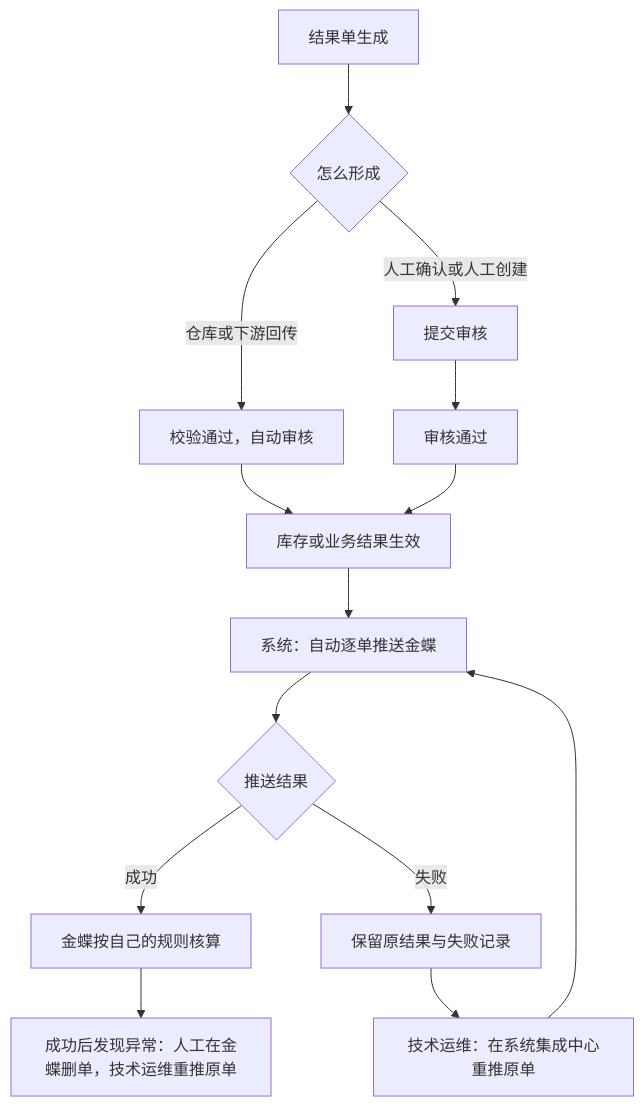
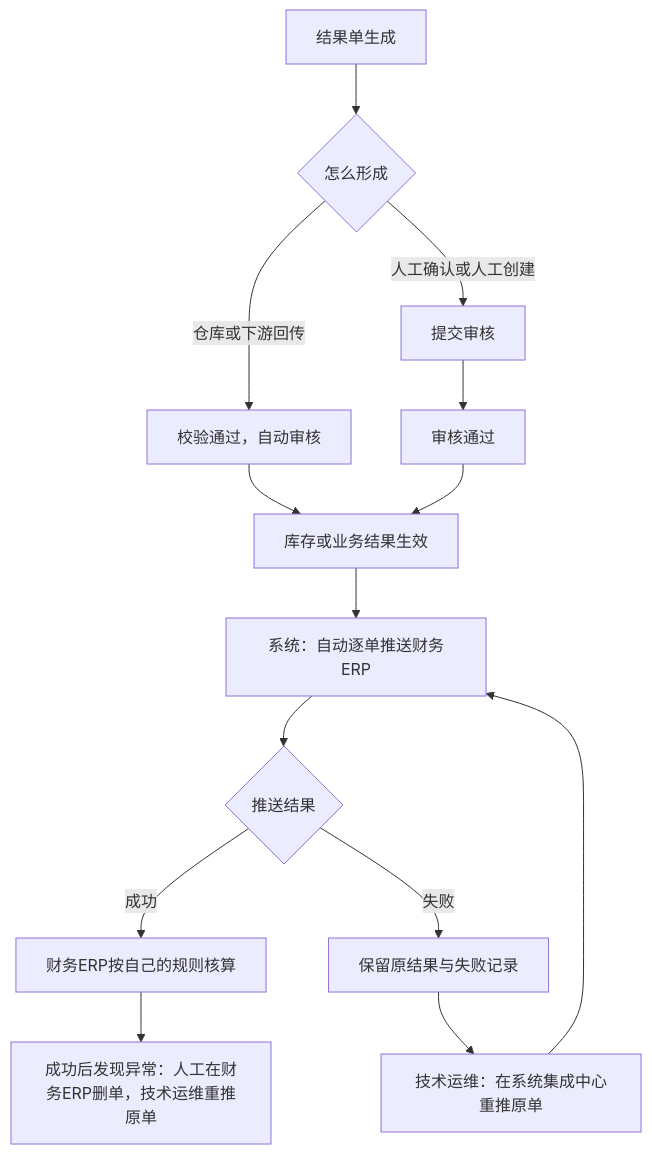
Before and after one commit to TopVitamin/QS-ERP-Project: the ninth of 11 diagrams in 04-产品设计方案/20260812-ERP项目第一版框架搭建/系统架构和流程/01-系统流程与单据交互.md, drawn with Mermaid. The commit also changed other lines of this file and 354 other files, not shown here.

````diff
--- a/04-产品设计方案/20260812-ERP项目第一版框架搭建/系统架构和流程/01-系统流程与单据交互.md
+++ b/04-产品设计方案/20260812-ERP项目第一版框架搭建/系统架构和流程/01-系统流程与单据交互.md
@@ -300,16 +300,16 @@
 ```mermaid
 flowchart TB
     A[结果单生成] --> B{怎么形成}
     B -->|仓库或下游回传| C[校验通过，自动审核]
     B -->|人工确认或人工创建| D[提交审核]
     C --> E[库存或业务结果生效]
     D --> D1[审核通过]
     D1 --> E
-    E --> F[系统：自动逐单推送金蝶]
+    E --> F[系统：自动逐单推送财务ERP]
     F --> G{推送结果}
-    G -->|成功| H[金蝶按自己的规则核算]
+    G -->|成功| H[财务ERP按自己的规则核算]
     G -->|失败| I[保留原结果与失败记录]
     I --> J[技术运维：在系统集成中心重推原单]
     J --> F
-    H --> K[成功后发现异常：人工在金蝶删单，技术运维重推原单]
+    H --> K[成功后发现异常：人工在财务ERP删单，技术运维重推原单]
 ```
````
